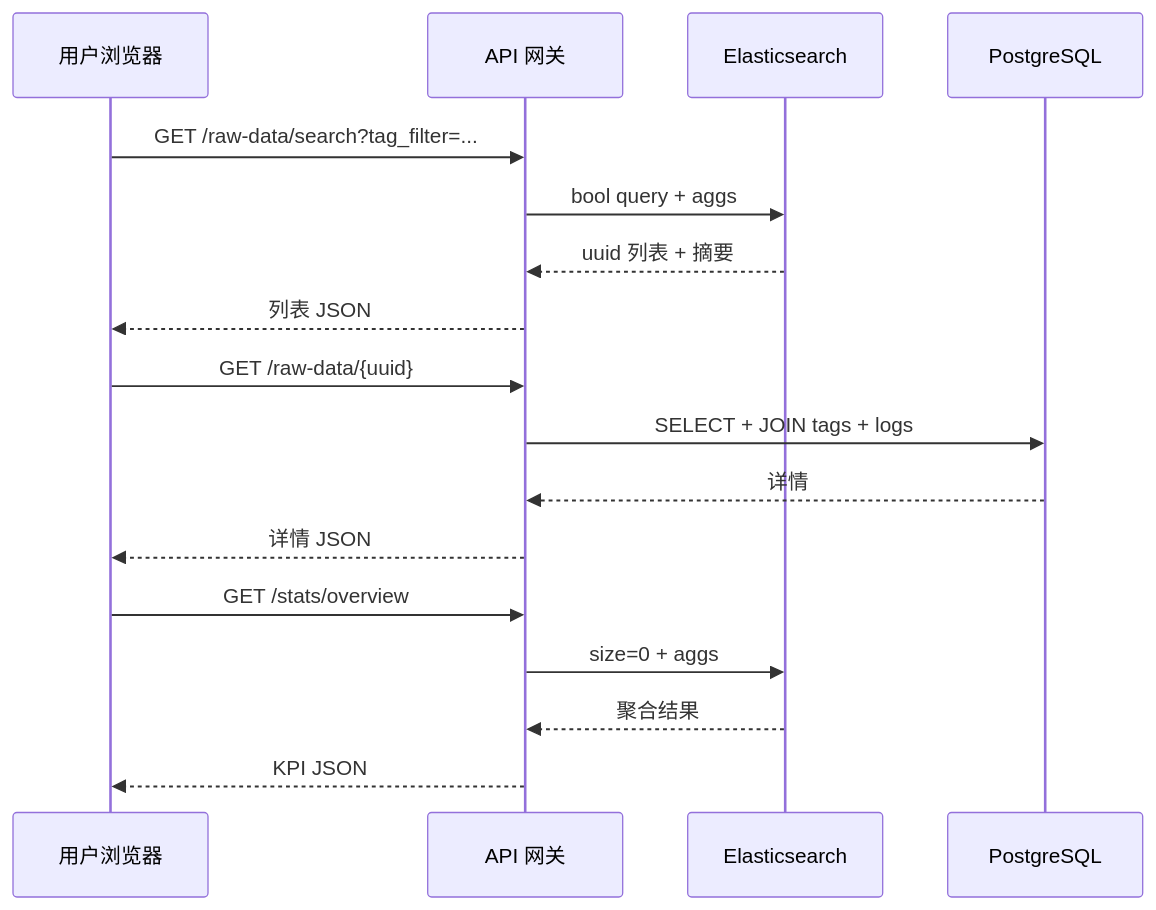
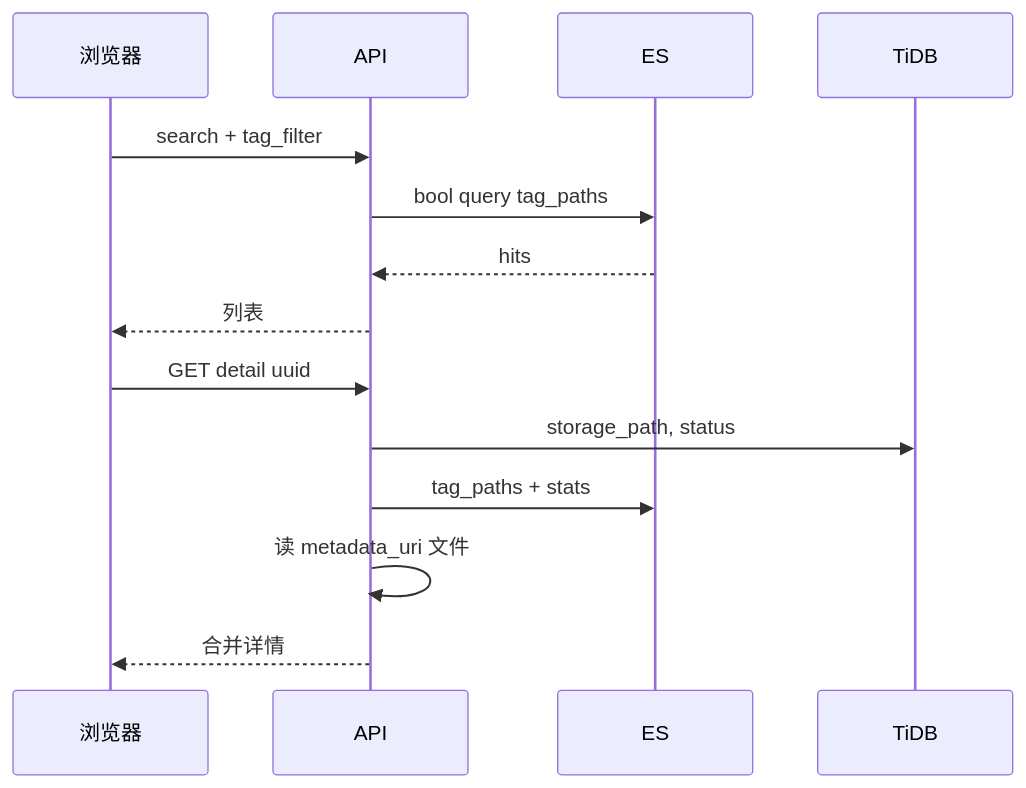
Before and after one commit to sgkokocool1/sgkokocool1: the eighth of 8 diagrams in docs/robot-data-platform/DESIGN.md, drawn with Mermaid. The commit also changed other lines of this file and 4 other files, not shown here.

````diff
--- a/docs/robot-data-platform/DESIGN.md
+++ b/docs/robot-data-platform/DESIGN.md
@@ -1064,22 +653,18 @@
 ```mermaid
 sequenceDiagram
-    participant U as 用户浏览器
-    participant API as API 网关
-    participant ES as Elasticsearch
-    participant PG as PostgreSQL
+    participant U as 浏览器
+    participant API
+    participant ES
+    participant TiDB
 
-    U->>API: GET /raw-data/search?tag_filter=...
-    API->>ES: bool query + aggs
-    ES-->>API: uuid 列表 + 摘要
-    API-->>U: 列表 JSON
+    U->>API: search + tag_filter
+    API->>ES: bool query tag_paths
+    ES-->>API: hits
+    API-->>U: 列表
 
-    U->>API: GET /raw-data/{uuid}
-    API->>PG: SELECT + JOIN tags + logs
-    PG-->>API: 详情
-    API-->>U: 详情 JSON
-
-    U->>API: GET /stats/overview
-    API->>ES: size=0 + aggs
-    ES-->>API: 聚合结果
-    API-->>U: KPI JSON
+    U->>API: GET detail uuid
+    API->>TiDB: storage_path, status
+    API->>ES: tag_paths + stats
+    API->>API: 读 metadata_uri 文件
+    API-->>U: 合并详情
 ```
````
